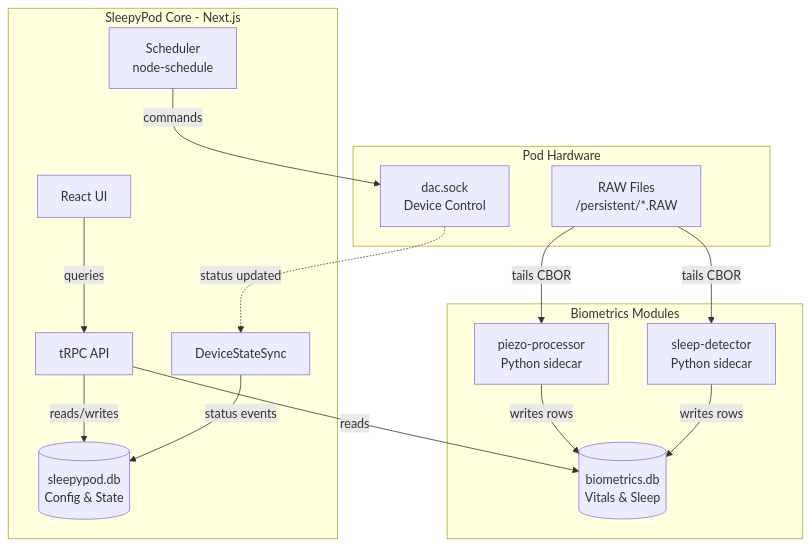
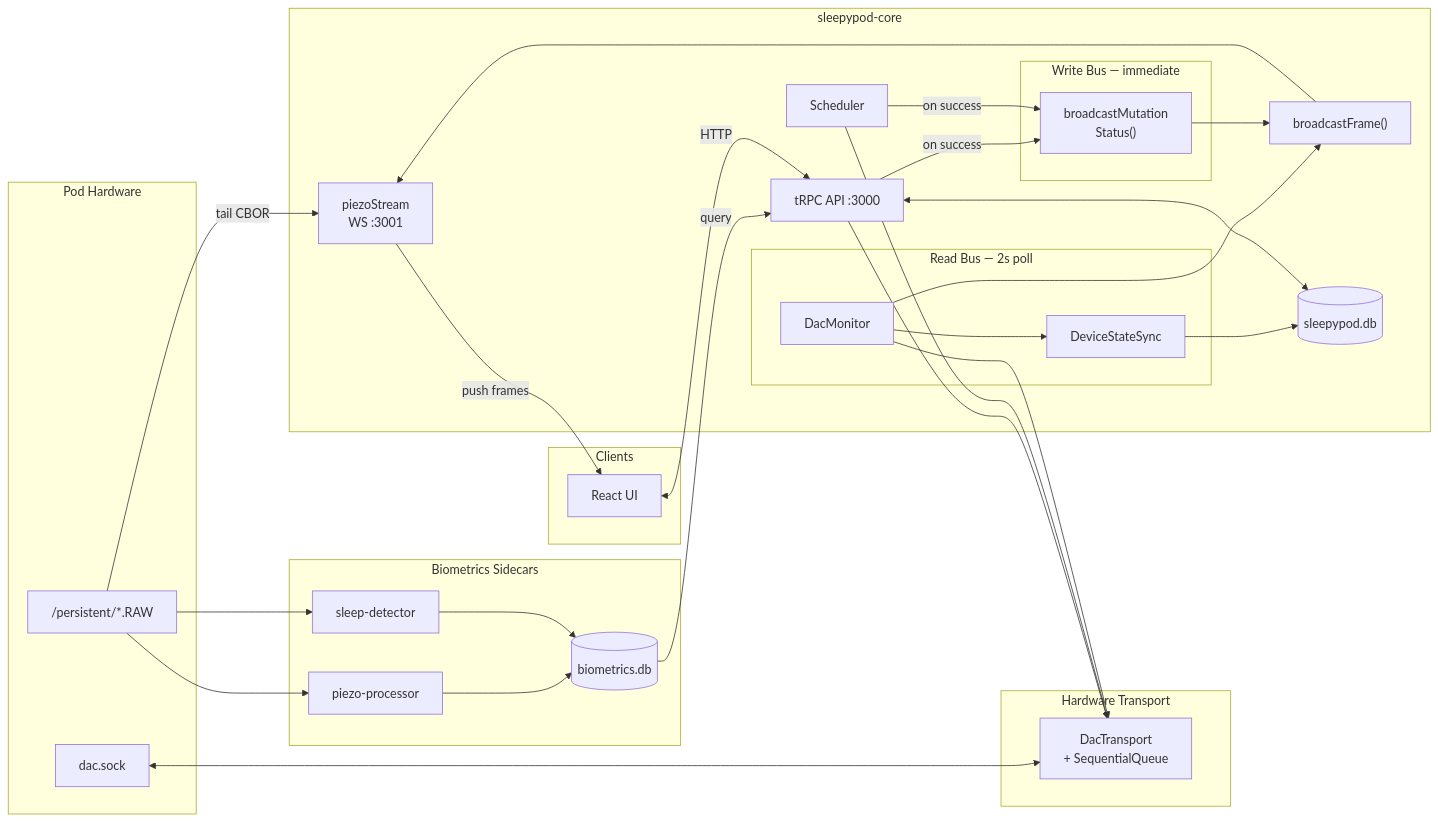
The first of 6 diagrams in README.md (sleepypod/core), drawn with Mermaid before and after one commit. The commit also changed other lines of this file and 34 other files, not shown here.

First line of the commit message:
feat: event bus for writes — broadcast device state after mutations (#245)

````diff
--- a/README.md
+++ b/README.md
@@ -20,32 +20,68 @@
 ```mermaid
-graph TD
-    subgraph hw [Pod Hardware]
-        DAC["dac.sock<br/>Device Control"]
-        RAW["RAW Files<br/>/persistent/*.RAW"]
+graph LR
+    subgraph HW ["Pod Hardware"]
+        DAC["dac.sock"]
+        RAW["/persistent/*.RAW"]
     end
 
-    subgraph core [SleepyPod Core - Next.js]
-        UI[React UI]
-        API[tRPC API]
-        SCHED["Scheduler<br/>node-schedule"]
-        SYNC[DeviceStateSync]
-        DB1[("sleepypod.db<br/>Config & State")]
+    subgraph TRANSPORT ["Hardware Transport"]
+        DT["DacTransport<br/>+ SequentialQueue"]
     end
 
-    subgraph mods [Biometrics Modules]
-        PP["piezo-processor<br/>Python sidecar"]
-        SD["sleep-detector<br/>Python sidecar"]
-        DB2[("biometrics.db<br/>Vitals & Sleep")]
+    subgraph SIDECARS ["Biometrics Sidecars"]
+        PP["piezo-processor"]
+        SD["sleep-detector"]
+        BIODB[("biometrics.db")]
     end
 
-    UI -->|queries| API
-    API -->|reads/writes| DB1
-    API -->|reads| DB2
-    SCHED -->|commands| DAC
-    SYNC -->|status events| DB1
-    RAW -->|tails CBOR| PP
-    RAW -->|tails CBOR| SD
-    PP -->|writes rows| DB2
-    SD -->|writes rows| DB2
-    DAC -.->|status updated| SYNC
+    subgraph CORE ["sleepypod-core"]
+        subgraph READBUS ["Read Bus — 2s poll"]
+            DM["DacMonitor"]
+            SYNC["DeviceStateSync"]
+        end
+
+        subgraph WRITEBUS ["Write Bus — immediate"]
+            BMS["broadcastMutation<br/>Status()"]
+        end
+
+        API["tRPC API :3000"]
+        SCHED["Scheduler"]
+        BF["broadcastFrame()"]
+        WS["piezoStream<br/>WS :3001"]
+        DB[("sleepypod.db")]
+    end
+
+    subgraph CLIENTS ["Clients"]
+        UI["React UI"]
+    end
+
+    %% Hardware transport — single serialization point
+    DAC <--> DT
+    API --> DT
+    SCHED --> DT
+    DM --> DT
+
+    %% Read bus
+    DM --> SYNC
+    SYNC --> DB
+    DM --> BF
+
+    %% Write bus
+    API -->|on success| BMS
+    SCHED -->|on success| BMS
+    BMS --> BF
+
+    %% WebSocket delivery
+    BF --> WS
+    RAW -->|tail CBOR| WS
+    WS -->|push frames| UI
+
+    %% Biometrics pipeline
+    RAW --> PP & SD
+    PP & SD --> BIODB
+    BIODB -->|query| API
+
+    %% App layer
+    API <--> DB
+    UI <-->|HTTP| API
 ```
````
